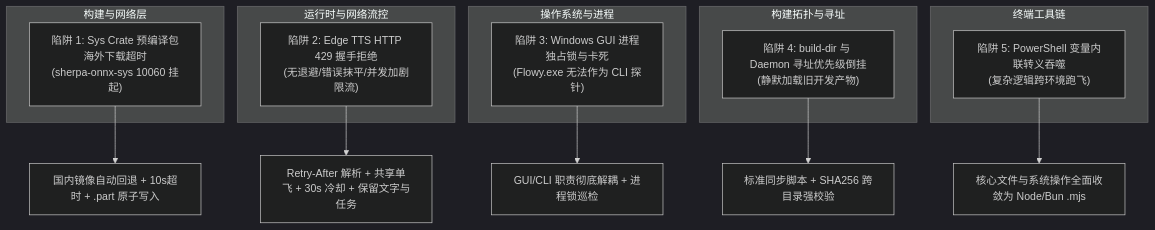
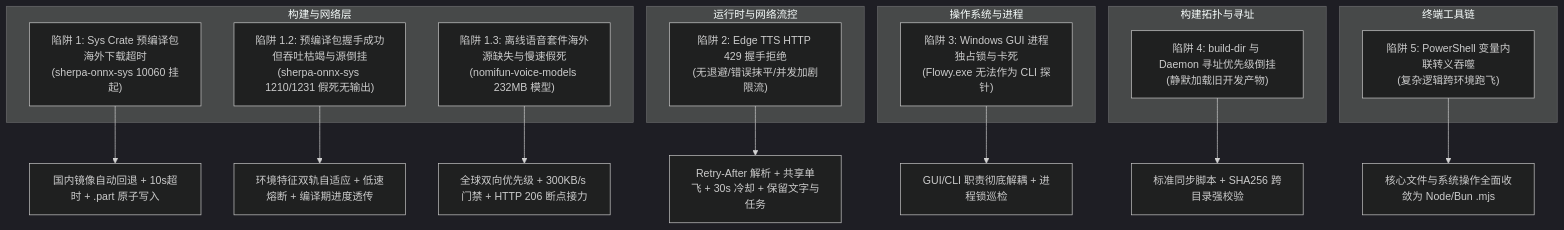
Before and after one commit to Michael-Lfx/allo: the diagram in docs/architecture/voice-agent/execution/voice-agent-pitfalls-and-lessons.zh.md, drawn with Mermaid (dark theme). The commit also changed other lines of this file and 7 other files, not shown here.

````diff
--- a/docs/architecture/voice-agent/execution/voice-agent-pitfalls-and-lessons.zh.md
+++ b/docs/architecture/voice-agent/execution/voice-agent-pitfalls-and-lessons.zh.md
@@ -11,24 +11,28 @@
 ```mermaid
 flowchart TD
     subgraph S1["构建与网络层"]
         P1["陷阱 1: Sys Crate 预编译包海外下载超时<br/>(sherpa-onnx-sys 10060 挂起)"]
+        P1_2["陷阱 1.2: 预编译包握手成功但吞吐枯竭与源倒挂<br/>(sherpa-onnx-sys 1210/1231 假死无输出)"]
+        P1_3["陷阱 1.3: 离线语音套件海外源缺失与慢速假死<br/>(nomifun-voice-models 232MB 模型)"]
     end
     subgraph S2["运行时与网络流控"]
         P2["陷阱 2: Edge TTS HTTP 429 握手拒绝<br/>(无退避/错误抹平/并发加剧限流)"]
     end
     subgraph S3["操作系统与进程"]
         P3["陷阱 3: Windows GUI 进程独占锁与卡死<br/>(Flowy.exe 无法作为 CLI 探针)"]
     end
     subgraph S4["构建拓扑与寻址"]
         P4["陷阱 4: build-dir 与 Daemon 寻址优先级倒挂<br/>(静默加载旧开发产物)"]
     end
     subgraph S5["终端工具链"]
         P5["陷阱 5: PowerShell 变量内联转义吞噬<br/>(复杂逻辑跨环境跑飞)"]
     end
 
     P1 --> Solution1["国内镜像自动回退 + 10s超时 + .part 原子写入"]
+    P1_2 --> Solution1_2["环境特征双轨自适应 + 低速熔断 + 编译期进度透传"]
+    P1_3 --> Solution1_3["全球双向优先级 + 300KB/s 门禁 + HTTP 206 断点接力"]
     P2 --> Solution2["Retry-After 解析 + 共享单飞 + 30s 冷却 + 保留文字与任务"]
     P3 --> Solution3["GUI/CLI 职责彻底解耦 + 进程锁巡检"]
     P4 --> Solution4["标准同步脚本 + SHA256 跨目录强校验"]
     P5 --> Solution5["核心文件与系统操作全面收敛为 Node/Bun .mjs"]
 ```
````
